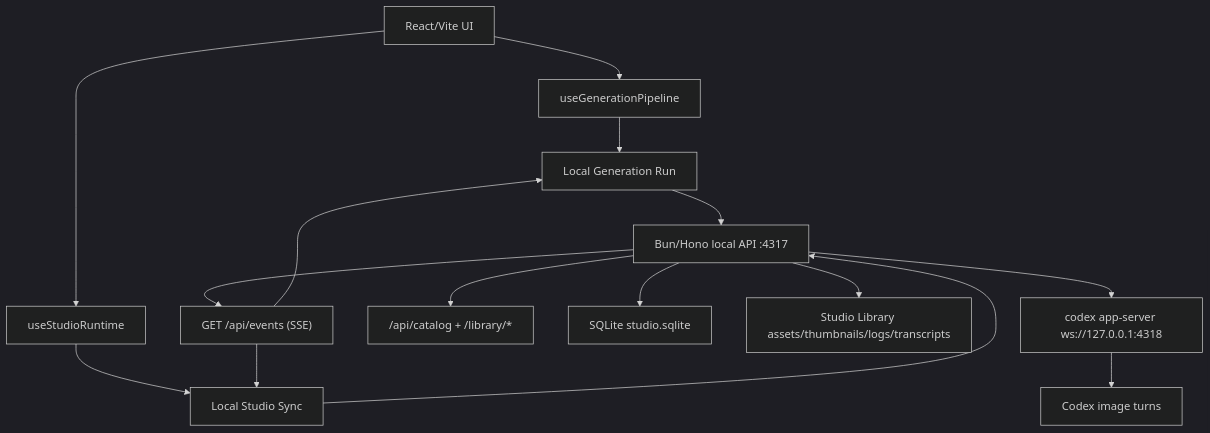
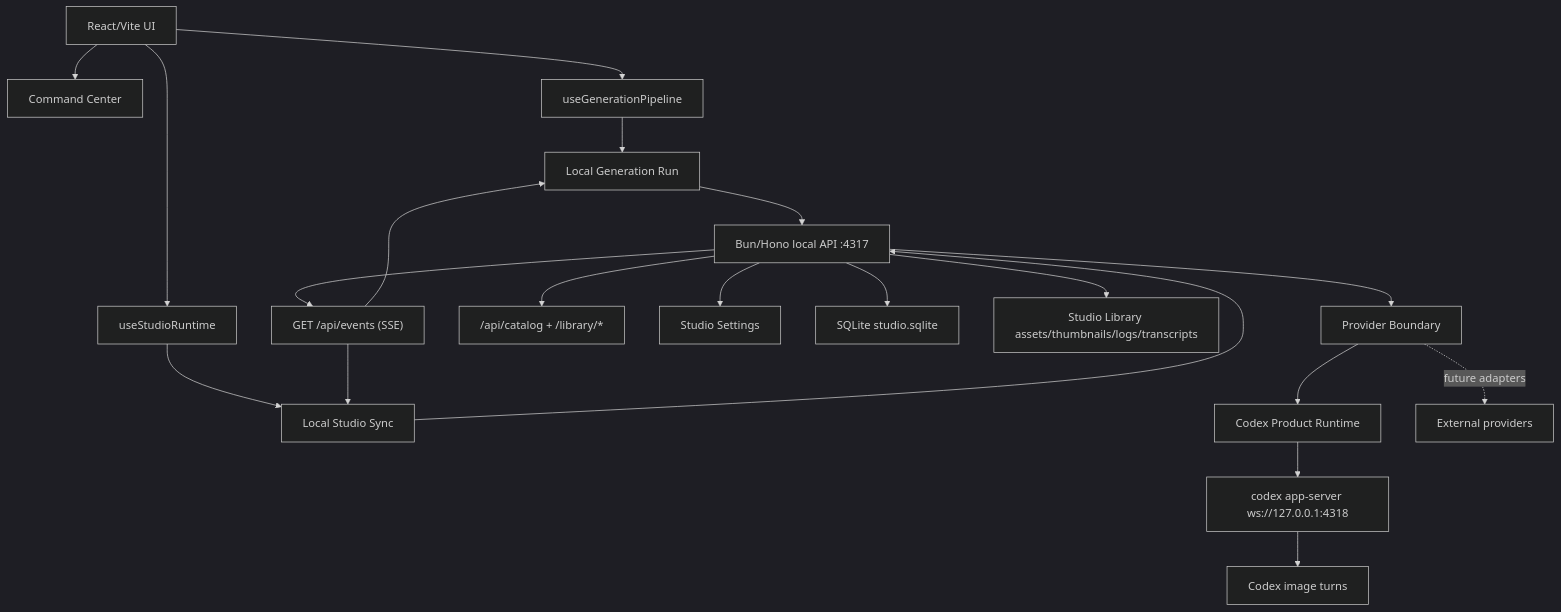
One commit to gvastethecreator/codex-studio changed the diagram in docs/ARCHITECTURE.md. Above: the diagram before and after it, drawn with Mermaid (dark theme). The commit also changed other lines of this file and 1340 other files, not shown here.

````diff
--- a/docs/ARCHITECTURE.md
+++ b/docs/ARCHITECTURE.md
@@ -7,17 +7,22 @@
 ```mermaid
 graph TD
-    UI["React/Vite UI"] --> PIPE["useGenerationPipeline"]
+    UI["React/Vite UI"] --> COMMAND["Command Center"]
+    UI --> PIPE["useGenerationPipeline"]
     UI --> RUNTIME["useStudioRuntime"]
     PIPE --> RUN["Local Generation Run"]
     RUNTIME --> SYNC["Local Studio Sync"]
     RUN --> API["Bun/Hono local API :4317"]
     SYNC --> API
     API --> EVENTS["GET /api/events (SSE)"]
     EVENTS --> RUN
     EVENTS --> SYNC
     API --> CATALOG["/api/catalog + /library/*"]
+    API --> SETTINGS["Studio Settings"]
     API --> DB["SQLite studio.sqlite"]
     API --> LIB["Studio Library assets/thumbnails/logs/transcripts"]
-    API --> CX["codex app-server ws://127.0.0.1:4318"]
+    API --> PROVIDERS["Provider Boundary"]
+    PROVIDERS --> CODEX["Codex Product Runtime"]
+    CODEX --> CX["codex app-server ws://127.0.0.1:4318"]
     CX --> TURN["Codex image turns"]
+    PROVIDERS -. "future adapters" .-> EXT["External providers"]
 ```
````
